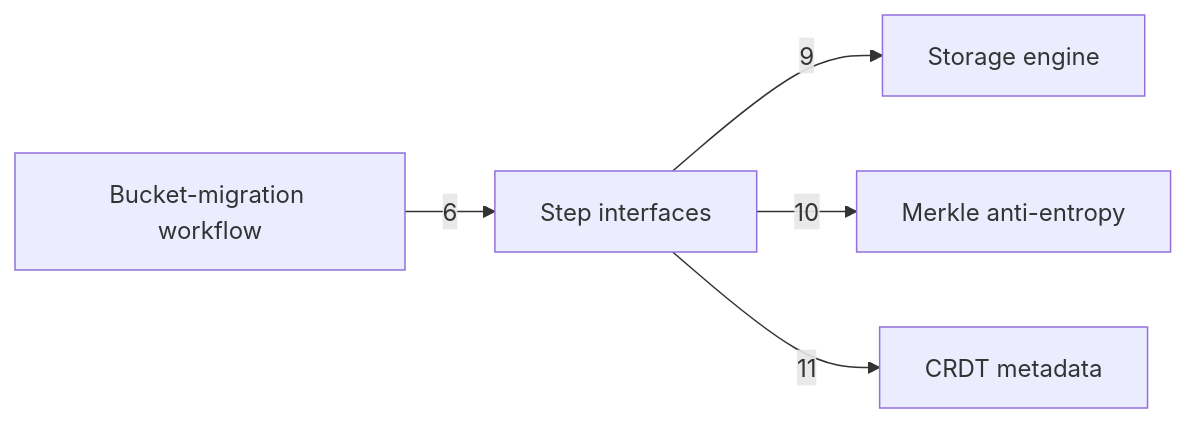
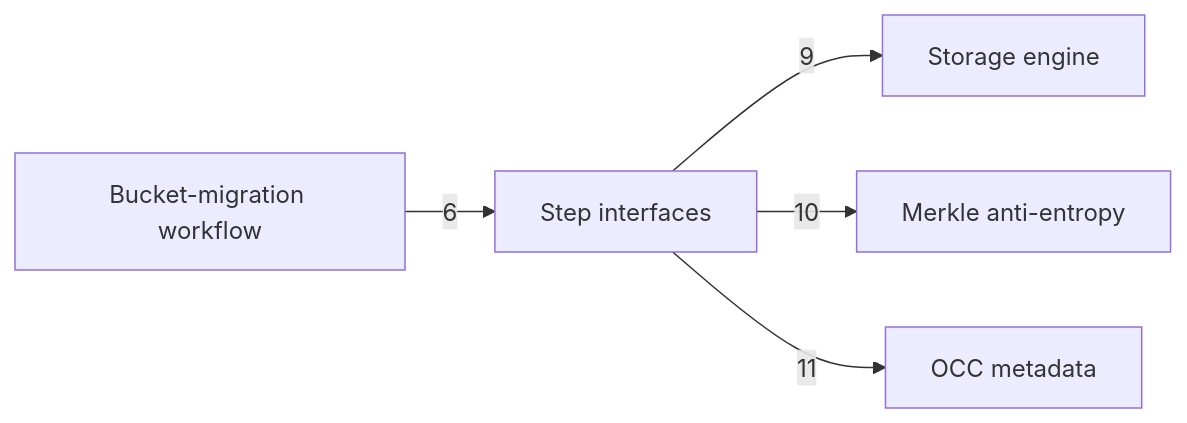
One commit to nickstrad/decentralized-object-store changed the diagram in docs/c4/diagrams/08-component-saga-b.mmd. Above: the diagram before and after it, drawn with Mermaid. The commit also changed 26 other files, not shown here.

```diff
--- a/docs/c4/diagrams/08-component-saga-b.mmd
+++ b/docs/c4/diagrams/08-component-saga-b.mmd
@@ -1,6 +1,6 @@
 %% draw-visual: -x 4 -y 1 -p 0
 graph LR
   WORKFLOW[Bucket-migration workflow] -->|6| STEPS[Step interfaces]
   STEPS -->|9| STORAGE[Storage engine]
   STEPS -->|10| MERKLE[Merkle anti-entropy]
-  STEPS -->|11| CRDT[CRDT metadata]
+  STEPS -->|11| OCC[OCC metadata]
```
